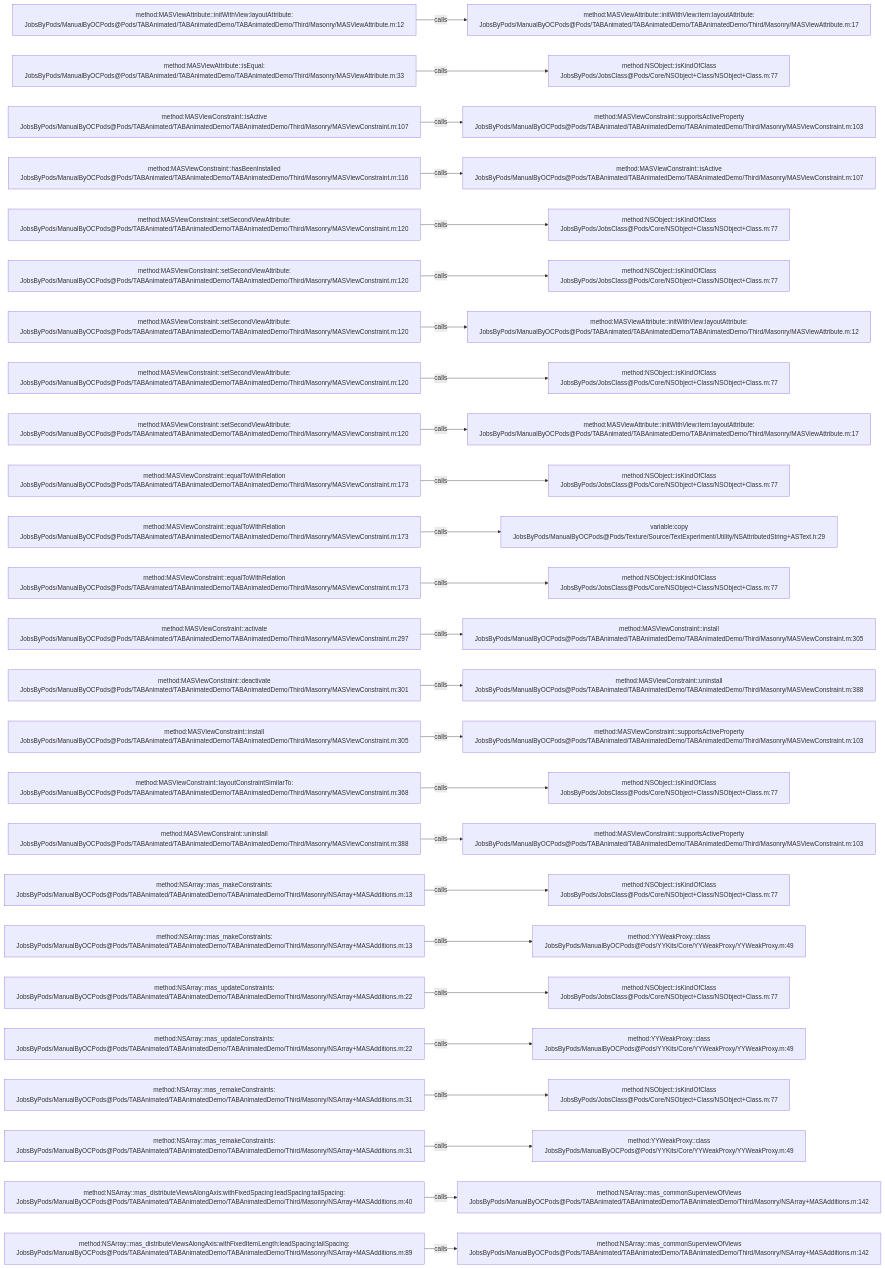
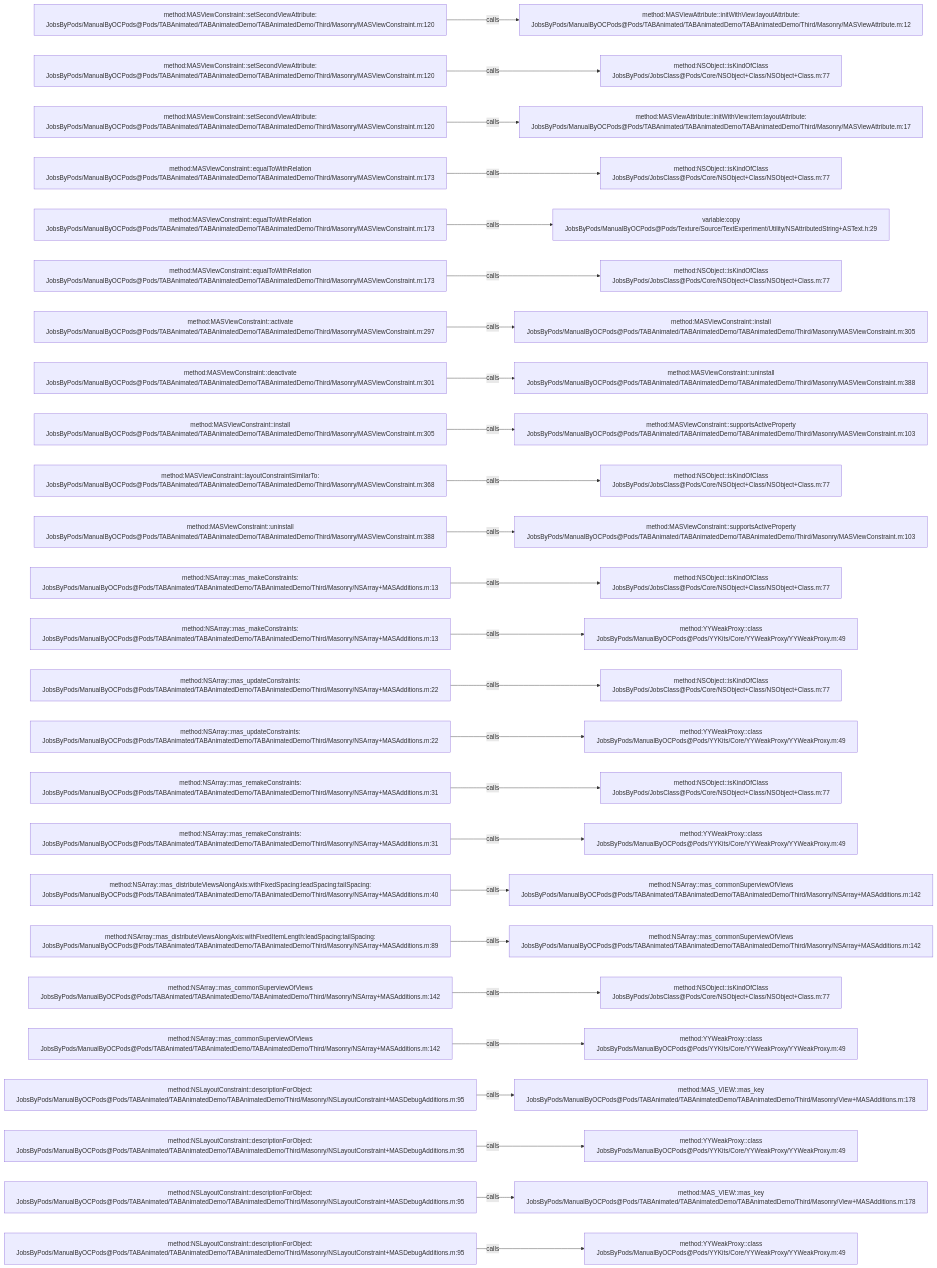
One commit to JobsKits/JobsOCBaseConfigDemo changed the diagram in .codegraph/codegraph.md/graphs/calls-037.md. Above: the diagram before and after it, drawn with Mermaid. The commit also changed 666 other files, not shown here.

````diff
--- a/.codegraph/codegraph.md/graphs/calls-037.md
+++ b/.codegraph/codegraph.md/graphs/calls-037.md
@@ -13,78 +13,78 @@
 ```mermaid
 flowchart LR
-  S1["method:MASViewAttribute::initWithView:layoutAttribute:<br/>JobsByPods/ManualByOCPods@Pods/TABAnimated/TABAnimatedDemo/TABAnimatedDemo/Third/Masonry/MASViewAttribute.m:12"]
-  T1["method:MASViewAttribute::initWithView:item:layoutAttribute:<br/>JobsByPods/ManualByOCPods@Pods/TABAnimated/TABAnimatedDemo/TABAnimatedDemo/Third/Masonry/MASViewAttribute.m:17"]
+  S1["method:MASViewConstraint::setSecondViewAttribute:<br/>JobsByPods/ManualByOCPods@Pods/TABAnimated/TABAnimatedDemo/TABAnimatedDemo/Third/Masonry/MASViewConstraint.m:120"]
+  T1["method:MASViewAttribute::initWithView:layoutAttribute:<br/>JobsByPods/ManualByOCPods@Pods/TABAnimated/TABAnimatedDemo/TABAnimatedDemo/Third/Masonry/MASViewAttribute.m:12"]
   S1 -->|calls| T1
-  S2["method:MASViewAttribute::isEqual:<br/>JobsByPods/ManualByOCPods@Pods/TABAnimated/TABAnimatedDemo/TABAnimatedDemo/Third/Masonry/MASViewAttribute.m:33"]
+  S2["method:MASViewConstraint::setSecondViewAttribute:<br/>JobsByPods/ManualByOCPods@Pods/TABAnimated/TABAnimatedDemo/TABAnimatedDemo/Third/Masonry/MASViewConstraint.m:120"]
   T2["method:NSObject::isKindOfClass<br/>JobsByPods/JobsClass@Pods/Core/NSObject+Class/NSObject+Class.m:77"]
   S2 -->|calls| T2
-  S3["method:MASViewConstraint::isActive<br/>JobsByPods/ManualByOCPods@Pods/TABAnimated/TABAnimatedDemo/TABAnimatedDemo/Third/Masonry/MASViewConstraint.m:107"]
-  T3["method:MASViewConstraint::supportsActiveProperty<br/>JobsByPods/ManualByOCPods@Pods/TABAnimated/TABAnimatedDemo/TABAnimatedDemo/Third/Masonry/MASViewConstraint.m:103"]
+  S3["method:MASViewConstraint::setSecondViewAttribute:<br/>JobsByPods/ManualByOCPods@Pods/TABAnimated/TABAnimatedDemo/TABAnimatedDemo/Third/Masonry/MASViewConstraint.m:120"]
+  T3["method:MASViewAttribute::initWithView:item:layoutAttribute:<br/>JobsByPods/ManualByOCPods@Pods/TABAnimated/TABAnimatedDemo/TABAnimatedDemo/Third/Masonry/MASViewAttribute.m:17"]
   S3 -->|calls| T3
-  S4["method:MASViewConstraint::hasBeenInstalled<br/>JobsByPods/ManualByOCPods@Pods/TABAnimated/TABAnimatedDemo/TABAnimatedDemo/Third/Masonry/MASViewConstraint.m:116"]
-  T4["method:MASViewConstraint::isActive<br/>JobsByPods/ManualByOCPods@Pods/TABAnimated/TABAnimatedDemo/TABAnimatedDemo/Third/Masonry/MASViewConstraint.m:107"]
+  S4["method:MASViewConstraint::equalToWithRelation<br/>JobsByPods/ManualByOCPods@Pods/TABAnimated/TABAnimatedDemo/TABAnimatedDemo/Third/Masonry/MASViewConstraint.m:173"]
+  T4["method:NSObject::isKindOfClass<br/>JobsByPods/JobsClass@Pods/Core/NSObject+Class/NSObject+Class.m:77"]
   S4 -->|calls| T4
-  S5["method:MASViewConstraint::setSecondViewAttribute:<br/>JobsByPods/ManualByOCPods@Pods/TABAnimated/TABAnimatedDemo/TABAnimatedDemo/Third/Masonry/MASViewConstraint.m:120"]
-  T5["method:NSObject::isKindOfClass<br/>JobsByPods/JobsClass@Pods/Core/NSObject+Class/NSObject+Class.m:77"]
+  S5["method:MASViewConstraint::equalToWithRelation<br/>JobsByPods/ManualByOCPods@Pods/TABAnimated/TABAnimatedDemo/TABAnimatedDemo/Third/Masonry/MASViewConstraint.m:173"]
+  T5["variable:copy<br/>JobsByPods/ManualByOCPods@Pods/Texture/Source/TextExperiment/Utility/NSAttributedString+ASText.h:29"]
   S5 -->|calls| T5
-  S6["method:MASViewConstraint::setSecondViewAttribute:<br/>JobsByPods/ManualByOCPods@Pods/TABAnimated/TABAnimatedDemo/TABAnimatedDemo/Third/Masonry/MASViewConstraint.m:120"]
+  S6["method:MASViewConstraint::equalToWithRelation<br/>JobsByPods/ManualByOCPods@Pods/TABAnimated/TABAnimatedDemo/TABAnimatedDemo/Third/Masonry/MASViewConstraint.m:173"]
   T6["method:NSObject::isKindOfClass<br/>JobsByPods/JobsClass@Pods/Core/NSObject+Class/NSObject+Class.m:77"]
   S6 -->|calls| T6
-  S7["method:MASViewConstraint::setSecondViewAttribute:<br/>JobsByPods/ManualByOCPods@Pods/TABAnimated/TABAnimatedDemo/TABAnimatedDemo/Third/Masonry/MASViewConstraint.m:120"]
-  T7["method:MASViewAttribute::initWithView:layoutAttribute:<br/>JobsByPods/ManualByOCPods@Pods/TABAnimated/TABAnimatedDemo/TABAnimatedDemo/Third/Masonry/MASViewAttribute.m:12"]
+  S7["method:MASViewConstraint::activate<br/>JobsByPods/ManualByOCPods@Pods/TABAnimated/TABAnimatedDemo/TABAnimatedDemo/Third/Masonry/MASViewConstraint.m:297"]
+  T7["method:MASViewConstraint::install<br/>JobsByPods/ManualByOCPods@Pods/TABAnimated/TABAnimatedDemo/TABAnimatedDemo/Third/Masonry/MASViewConstraint.m:305"]
   S7 -->|calls| T7
-  S8["method:MASViewConstraint::setSecondViewAttribute:<br/>JobsByPods/ManualByOCPods@Pods/TABAnimated/TABAnimatedDemo/TABAnimatedDemo/Third/Masonry/MASViewConstraint.m:120"]
-  T8["method:NSObject::isKindOfClass<br/>JobsByPods/JobsClass@Pods/Core/NSObject+Class/NSObject+Class.m:77"]
+  S8["method:MASViewConstraint::deactivate<br/>JobsByPods/ManualByOCPods@Pods/TABAnimated/TABAnimatedDemo/TABAnimatedDemo/Third/Masonry/MASViewConstraint.m:301"]
+  T8["method:MASViewConstraint::uninstall<br/>JobsByPods/ManualByOCPods@Pods/TABAnimated/TABAnimatedDemo/TABAnimatedDemo/Third/Masonry/MASViewConstraint.m:388"]
   S8 -->|calls| T8
-  S9["method:MASViewConstraint::setSecondViewAttribute:<br/>JobsByPods/ManualByOCPods@Pods/TABAnimated/TABAnimatedDemo/TABAnimatedDemo/Third/Masonry/MASViewConstraint.m:120"]
-  T9["method:MASViewAttribute::initWithView:item:layoutAttribute:<br/>JobsByPods/ManualByOCPods@Pods/TABAnimated/TABAnimatedDemo/TABAnimatedDemo/Third/Masonry/MASViewAttribute.m:17"]
+  S9["method:MASViewConstraint::install<br/>JobsByPods/ManualByOCPods@Pods/TABAnimated/TABAnimatedDemo/TABAnimatedDemo/Third/Masonry/MASViewConstraint.m:305"]
+  T9["method:MASViewConstraint::supportsActiveProperty<br/>JobsByPods/ManualByOCPods@Pods/TABAnimated/TABAnimatedDemo/TABAnimatedDemo/Third/Masonry/MASViewConstraint.m:103"]
   S9 -->|calls| T9
-  S10["method:MASViewConstraint::equalToWithRelation<br/>JobsByPods/ManualByOCPods@Pods/TABAnimated/TABAnimatedDemo/TABAnimatedDemo/Third/Masonry/MASViewConstraint.m:173"]
+  S10["method:MASViewConstraint::layoutConstraintSimilarTo:<br/>JobsByPods/ManualByOCPods@Pods/TABAnimated/TABAnimatedDemo/TABAnimatedDemo/Third/Masonry/MASViewConstraint.m:368"]
   T10["method:NSObject::isKindOfClass<br/>JobsByPods/JobsClass@Pods/Core/NSObject+Class/NSObject+Class.m:77"]
   S10 -->|calls| T10
-  S11["method:MASViewConstraint::equalToWithRelation<br/>JobsByPods/ManualByOCPods@Pods/TABAnimated/TABAnimatedDemo/TABAnimatedDemo/Third/Masonry/MASViewConstraint.m:173"]
-  T11["variable:copy<br/>JobsByPods/ManualByOCPods@Pods/Texture/Source/TextExperiment/Utility/NSAttributedString+ASText.h:29"]
+  S11["method:MASViewConstraint::uninstall<br/>JobsByPods/ManualByOCPods@Pods/TABAnimated/TABAnimatedDemo/TABAnimatedDemo/Third/Masonry/MASViewConstraint.m:388"]
+  T11["method:MASViewConstraint::supportsActiveProperty<br/>JobsByPods/ManualByOCPods@Pods/TABAnimated/TABAnimatedDemo/TABAnimatedDemo/Third/Masonry/MASViewConstraint.m:103"]
   S11 -->|calls| T11
-  S12["method:MASViewConstraint::equalToWithRelation<br/>JobsByPods/ManualByOCPods@Pods/TABAnimated/TABAnimatedDemo/TABAnimatedDemo/Third/Masonry/MASViewConstraint.m:173"]
+  S12["method:NSArray::mas_makeConstraints:<br/>JobsByPods/ManualByOCPods@Pods/TABAnimated/TABAnimatedDemo/TABAnimatedDemo/Third/Masonry/NSArray+MASAdditions.m:13"]
   T12["method:NSObject::isKindOfClass<br/>JobsByPods/JobsClass@Pods/Core/NSObject+Class/NSObject+Class.m:77"]
   S12 -->|calls| T12
-  S13["method:MASViewConstraint::activate<br/>JobsByPods/ManualByOCPods@Pods/TABAnimated/TABAnimatedDemo/TABAnimatedDemo/Third/Masonry/MASViewConstraint.m:297"]
-  T13["method:MASViewConstraint::install<br/>JobsByPods/ManualByOCPods@Pods/TABAnimated/TABAnimatedDemo/TABAnimatedDemo/Third/Masonry/MASViewConstraint.m:305"]
+  S13["method:NSArray::mas_makeConstraints:<br/>JobsByPods/ManualByOCPods@Pods/TABAnimated/TABAnimatedDemo/TABAnimatedDemo/Third/Masonry/NSArray+MASAdditions.m:13"]
+  T13["method:YYWeakProxy::class<br/>JobsByPods/ManualByOCPods@Pods/YYKits/Core/YYWeakProxy/YYWeakProxy.m:49"]
   S13 -->|calls| T13
-  S14["method:MASViewConstraint::deactivate<br/>JobsByPods/ManualByOCPods@Pods/TABAnimated/TABAnimatedDemo/TABAnimatedDemo/Third/Masonry/MASViewConstraint.m:301"]
-  T14["method:MASViewConstraint::uninstall<br/>JobsByPods/ManualByOCPods@Pods/TABAnimated/TABAnimatedDemo/TABAnimatedDemo/Third/Masonry/MASViewConstraint.m:388"]
+  S14["method:NSArray::mas_updateConstraints:<br/>JobsByPods/ManualByOCPods@Pods/TABAnimated/TABAnimatedDemo/TABAnimatedDemo/Third/Masonry/NSArray+MASAdditions.m:22"]
+  T14["method:NSObject::isKindOfClass<br/>JobsByPods/JobsClass@Pods/Core/NSObject+Class/NSObject+Class.m:77"]
   S14 -->|calls| T14
-  S15["method:MASViewConstraint::install<br/>JobsByPods/ManualByOCPods@Pods/TABAnimated/TABAnimatedDemo/TABAnimatedDemo/Third/Masonry/MASViewConstraint.m:305"]
-  T15["method:MASViewConstraint::supportsActiveProperty<br/>JobsByPods/ManualByOCPods@Pods/TABAnimated/TABAnimatedDemo/TABAnimatedDemo/Third/Masonry/MASViewConstraint.m:103"]
+  S15["method:NSArray::mas_updateConstraints:<br/>JobsByPods/ManualByOCPods@Pods/TABAnimated/TABAnimatedDemo/TABAnimatedDemo/Third/Masonry/NSArray+MASAdditions.m:22"]
+  T15["method:YYWeakProxy::class<br/>JobsByPods/ManualByOCPods@Pods/YYKits/Core/YYWeakProxy/YYWeakProxy.m:49"]
   S15 -->|calls| T15
-  S16["method:MASViewConstraint::layoutConstraintSimilarTo:<br/>JobsByPods/ManualByOCPods@Pods/TABAnimated/TABAnimatedDemo/TABAnimatedDemo/Third/Masonry/MASViewConstraint.m:368"]
+  S16["method:NSArray::mas_remakeConstraints:<br/>JobsByPods/ManualByOCPods@Pods/TABAnimated/TABAnimatedDemo/TABAnimatedDemo/Third/Masonry/NSArray+MASAdditions.m:31"]
   T16["method:NSObject::isKindOfClass<br/>JobsByPods/JobsClass@Pods/Core/NSObject+Class/NSObject+Class.m:77"]
   S16 -->|calls| T16
-  S17["method:MASViewConstraint::uninstall<br/>JobsByPods/ManualByOCPods@Pods/TABAnimated/TABAnimatedDemo/TABAnimatedDemo/Third/Masonry/MASViewConstraint.m:388"]
-  T17["method:MASViewConstraint::supportsActiveProperty<br/>JobsByPods/ManualByOCPods@Pods/TABAnimated/TABAnimatedDemo/TABAnimatedDemo/Third/Masonry/MASViewConstraint.m:103"]
+  S17["method:NSArray::mas_remakeConstraints:<br/>JobsByPods/ManualByOCPods@Pods/TABAnimated/TABAnimatedDemo/TABAnimatedDemo/Third/Masonry/NSArray+MASAdditions.m:31"]
+  T17["method:YYWeakProxy::class<br/>JobsByPods/ManualByOCPods@Pods/YYKits/Core/YYWeakProxy/YYWeakProxy.m:49"]
   S17 -->|calls| T17
-  S18["method:NSArray::mas_makeConstraints:<br/>JobsByPods/ManualByOCPods@Pods/TABAnimated/TABAnimatedDemo/TABAnimatedDemo/Third/Masonry/NSArray+MASAdditions.m:13"]
-  T18["method:NSObject::isKindOfClass<br/>JobsByPods/JobsClass@Pods/Core/NSObject+Class/NSObject+Class.m:77"]
+  S18["method:NSArray::mas_distributeViewsAlongAxis:withFixedSpacing:leadSpacing:tailSpacing:<br/>JobsByPods/ManualByOCPods@Pods/TABAnimated/TABAnimatedDemo/TABAnimatedDemo/Third/Masonry/NSArray+MASAdditions.m:40"]
+  T18["method:NSArray::mas_commonSuperviewOfViews<br/>JobsByPods/ManualByOCPods@Pods/TABAnimated/TABAnimatedDemo/TABAnimatedDemo/Third/Masonry/NSArray+MASAdditions.m:142"]
   S18 -->|calls| T18
-  S19["method:NSArray::mas_makeConstraints:<br/>JobsByPods/ManualByOCPods@Pods/TABAnimated/TABAnimatedDemo/TABAnimatedDemo/Third/Masonry/NSArray+MASAdditions.m:13"]
-  T19["method:YYWeakProxy::class<br/>JobsByPods/ManualByOCPods@Pods/YYKits/Core/YYWeakProxy/YYWeakProxy.m:49"]
+  S19["method:NSArray::mas_distributeViewsAlongAxis:withFixedItemLength:leadSpacing:tailSpacing:<br/>JobsByPods/ManualByOCPods@Pods/TABAnimated/TABAnimatedDemo/TABAnimatedDemo/Third/Masonry/NSArray+MASAdditions.m:89"]
+  T19["method:NSArray::mas_commonSuperviewOfViews<br/>JobsByPods/ManualByOCPods@Pods/TABAnimated/TABAnimatedDemo/TABAnimatedDemo/Third/Masonry/NSArray+MASAdditions.m:142"]
   S19 -->|calls| T19
-  S20["method:NSArray::mas_updateConstraints:<br/>JobsByPods/ManualByOCPods@Pods/TABAnimated/TABAnimatedDemo/TABAnimatedDemo/Third/Masonry/NSArray+MASAdditions.m:22"]
+  S20["method:NSArray::mas_commonSuperviewOfViews<br/>JobsByPods/ManualByOCPods@Pods/TABAnimated/TABAnimatedDemo/TABAnimatedDemo/Third/Masonry/NSArray+MASAdditions.m:142"]
   T20["method:NSObject::isKindOfClass<br/>JobsByPods/JobsClass@Pods/Core/NSObject+Class/NSObject+Class.m:77"]
   S20 -->|calls| T20
-  S21["method:NSArray::mas_updateConstraints:<br/>JobsByPods/ManualByOCPods@Pods/TABAnimated/TABAnimatedDemo/TABAnimatedDemo/Third/Masonry/NSArray+MASAdditions.m:22"]
+  S21["method:NSArray::mas_commonSuperviewOfViews<br/>JobsByPods/ManualByOCPods@Pods/TABAnimated/TABAnimatedDemo/TABAnimatedDemo/Third/Masonry/NSArray+MASAdditions.m:142"]
   T21["method:YYWeakProxy::class<br/>JobsByPods/ManualByOCPods@Pods/YYKits/Core/YYWeakProxy/YYWeakProxy.m:49"]
   S21 -->|calls| T21
-  S22["method:NSArray::mas_remakeConstraints:<br/>JobsByPods/ManualByOCPods@Pods/TABAnimated/TABAnimatedDemo/TABAnimatedDemo/Third/Masonry/NSArray+MASAdditions.m:31"]
-  T22["method:NSObject::isKindOfClass<br/>JobsByPods/JobsClass@Pods/Core/NSObject+Class/NSObject+Class.m:77"]
+  S22["method:NSLayoutConstraint::descriptionForObject:<br/>JobsByPods/ManualByOCPods@Pods/TABAnimated/TABAnimatedDemo/TABAnimatedDemo/Third/Masonry/NSLayoutConstraint+MASDebugAdditions.m:95"]
+  T22["method:MAS_VIEW::mas_key<br/>JobsByPods/ManualByOCPods@Pods/TABAnimated/TABAnimatedDemo/TABAnimatedDemo/Third/Masonry/View+MASAdditions.m:178"]
   S22 -->|calls| T22
-  S23["method:NSArray::mas_remakeConstraints:<br/>JobsByPods/ManualByOCPods@Pods/TABAnimated/TABAnimatedDemo/TABAnimatedDemo/Third/Masonry/NSArray+MASAdditions.m:31"]
+  S23["method:NSLayoutConstraint::descriptionForObject:<br/>JobsByPods/ManualByOCPods@Pods/TABAnimated/TABAnimatedDemo/TABAnimatedDemo/Third/Masonry/NSLayoutConstraint+MASDebugAdditions.m:95"]
   T23["method:YYWeakProxy::class<br/>JobsByPods/ManualByOCPods@Pods/YYKits/Core/YYWeakProxy/YYWeakProxy.m:49"]
   S23 -->|calls| T23
-  S24["method:NSArray::mas_distributeViewsAlongAxis:withFixedSpacing:leadSpacing:tailSpacing:<br/>JobsByPods/ManualByOCPods@Pods/TABAnimated/TABAnimatedDemo/TABAnimatedDemo/Third/Masonry/NSArray+MASAdditions.m:40"]
-  T24["method:NSArray::mas_commonSuperviewOfViews<br/>JobsByPods/ManualByOCPods@Pods/TABAnimated/TABAnimatedDemo/TABAnimatedDemo/Third/Masonry/NSArray+MASAdditions.m:142"]
+  S24["method:NSLayoutConstraint::descriptionForObject:<br/>JobsByPods/ManualByOCPods@Pods/TABAnimated/TABAnimatedDemo/TABAnimatedDemo/Third/Masonry/NSLayoutConstraint+MASDebugAdditions.m:95"]
+  T24["method:MAS_VIEW::mas_key<br/>JobsByPods/ManualByOCPods@Pods/TABAnimated/TABAnimatedDemo/TABAnimatedDemo/Third/Masonry/View+MASAdditions.m:178"]
   S24 -->|calls| T24
-  S25["method:NSArray::mas_distributeViewsAlongAxis:withFixedItemLength:leadSpacing:tailSpacing:<br/>JobsByPods/ManualByOCPods@Pods/TABAnimated/TABAnimatedDemo/TABAnimatedDemo/Third/Masonry/NSArray+MASAdditions.m:89"]
-  T25["method:NSArray::mas_commonSuperviewOfViews<br/>JobsByPods/ManualByOCPods@Pods/TABAnimated/TABAnimatedDemo/TABAnimatedDemo/Third/Masonry/NSArray+MASAdditions.m:142"]
+  S25["method:NSLayoutConstraint::descriptionForObject:<br/>JobsByPods/ManualByOCPods@Pods/TABAnimated/TABAnimatedDemo/TABAnimatedDemo/Third/Masonry/NSLayoutConstraint+MASDebugAdditions.m:95"]
+  T25["method:YYWeakProxy::class<br/>JobsByPods/ManualByOCPods@Pods/YYKits/Core/YYWeakProxy/YYWeakProxy.m:49"]
   S25 -->|calls| T25
 ```
````
